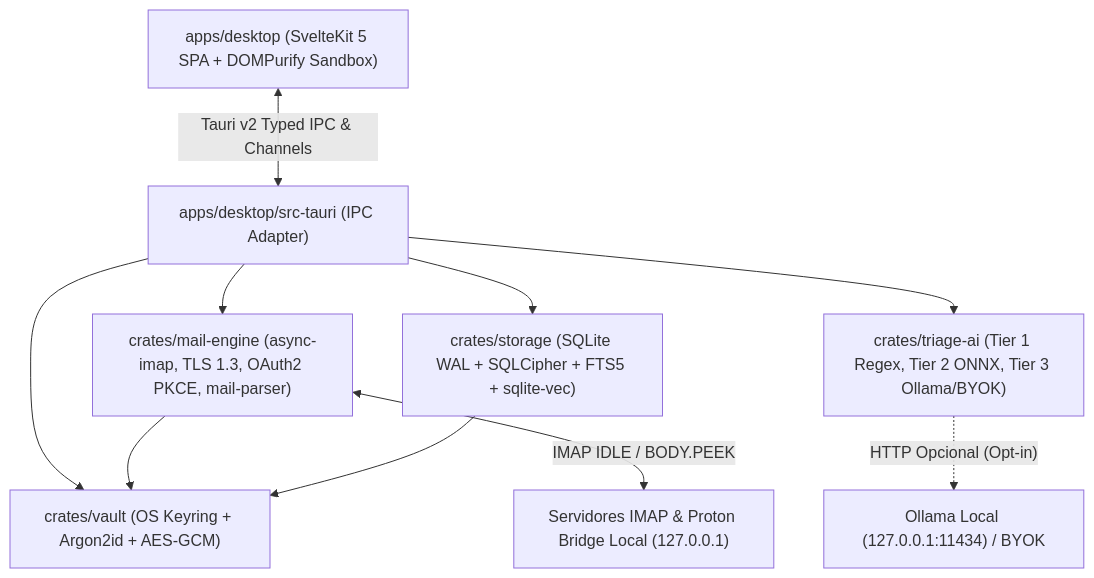
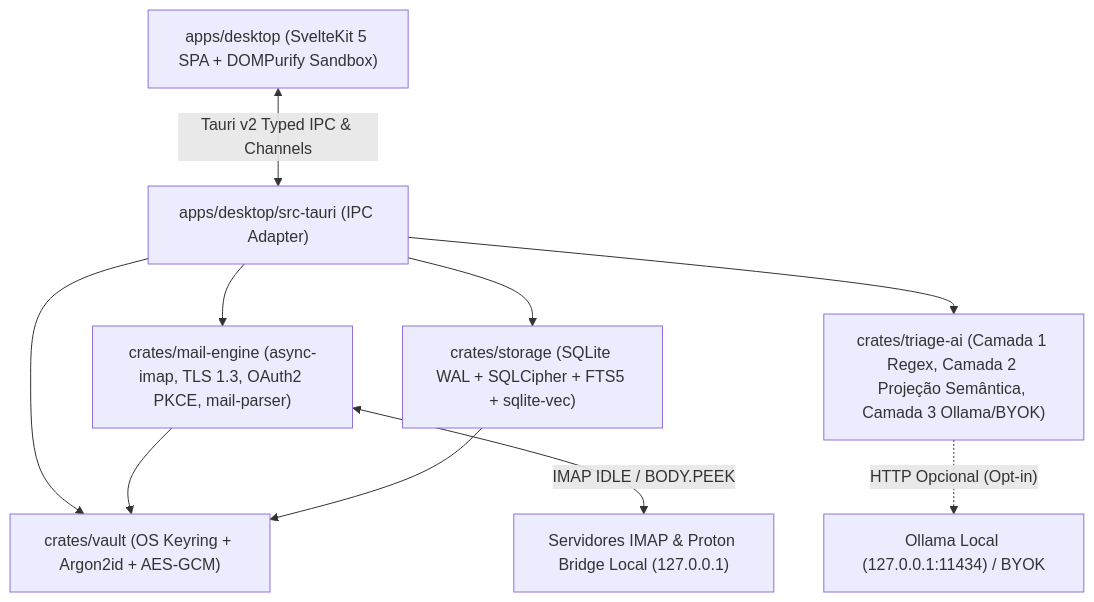
The diagram in README.pt-br.md (ye-sandbox/triage-mail), drawn with Mermaid before and after one commit. The commit also changed other lines of this file and 23 other files, not shown here.

````diff
--- a/README.pt-br.md
+++ b/README.pt-br.md
@@ -34,12 +34,12 @@
 ```mermaid
 flowchart TD
     UI["apps/desktop (SvelteKit 5 SPA + DOMPurify Sandbox)"] <-->|"Tauri v2 Typed IPC & Channels"| TauriCore["apps/desktop/src-tauri (IPC Adapter)"]
     TauriCore --> MailEngine["crates/mail-engine (async-imap, TLS 1.3, OAuth2 PKCE, mail-parser)"]
     TauriCore --> Storage["crates/storage (SQLite WAL + SQLCipher + FTS5 + sqlite-vec)"]
     TauriCore --> Vault["crates/vault (OS Keyring + Argon2id + AES-GCM)"]
-    TauriCore --> TriageAI["crates/triage-ai (Tier 1 Regex, Tier 2 ONNX, Tier 3 Ollama/BYOK)"]
+    TauriCore --> TriageAI["crates/triage-ai (Camada 1 Regex, Camada 2 Projeção Semântica, Camada 3 Ollama/BYOK)"]
     MailEngine --> Vault
     Storage --> Vault
     MailEngine <-->|"IMAP IDLE / BODY.PEEK"| Providers["Servidores IMAP & Proton Bridge Local (127.0.0.1)"]
     TriageAI -.->|"HTTP Opcional (Opt-in)"| Ollama["Ollama Local (127.0.0.1:11434) / BYOK"]
 ```
````
